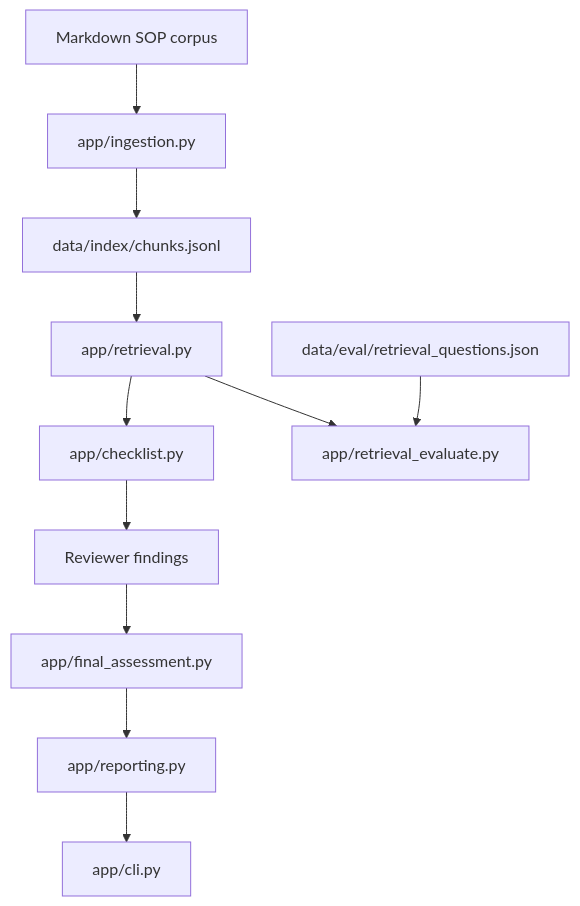
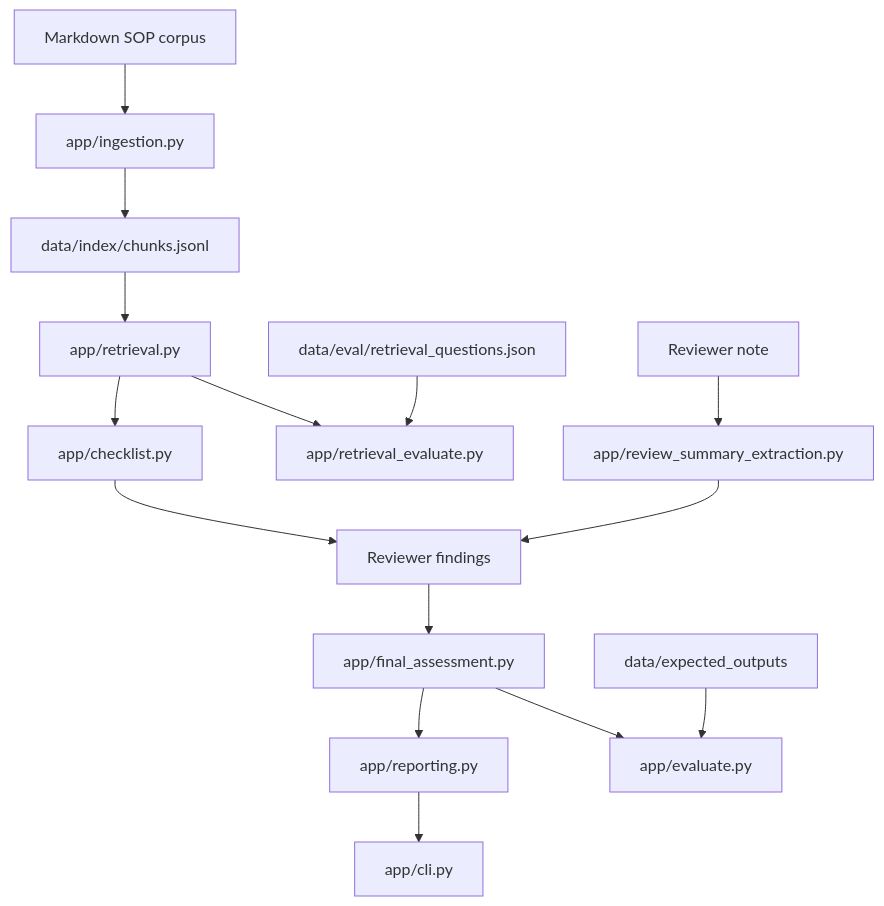
One commit to markwuenschel-dev/Compounding-Quality-RAG changed the second of 2 diagrams in README.md. Above: the diagram before and after it, drawn with Mermaid. The commit also changed other lines of this file and 22 other files, not shown here.

````diff
--- a/README.md
+++ b/README.md
@@ -60,14 +73,20 @@
 ```mermaid
 flowchart TD
     A[Markdown SOP corpus] --> B[app/ingestion.py]
     B --> C[data/index/chunks.jsonl]
     C --> D[app/retrieval.py]
     D --> E[app/checklist.py]
     E --> F[Reviewer findings]
     F --> G[app/final_assessment.py]
     G --> H[app/reporting.py]
     H --> I[app/cli.py]
 
     J[data/eval/retrieval_questions.json] --> K[app/retrieval_evaluate.py]
     D --> K
+
+    L[data/expected_outputs] --> M[app/evaluate.py]
+    G --> M
+
+    N[Reviewer note] --> O[app/review_summary_extraction.py]
+    O --> F
 ```
````
